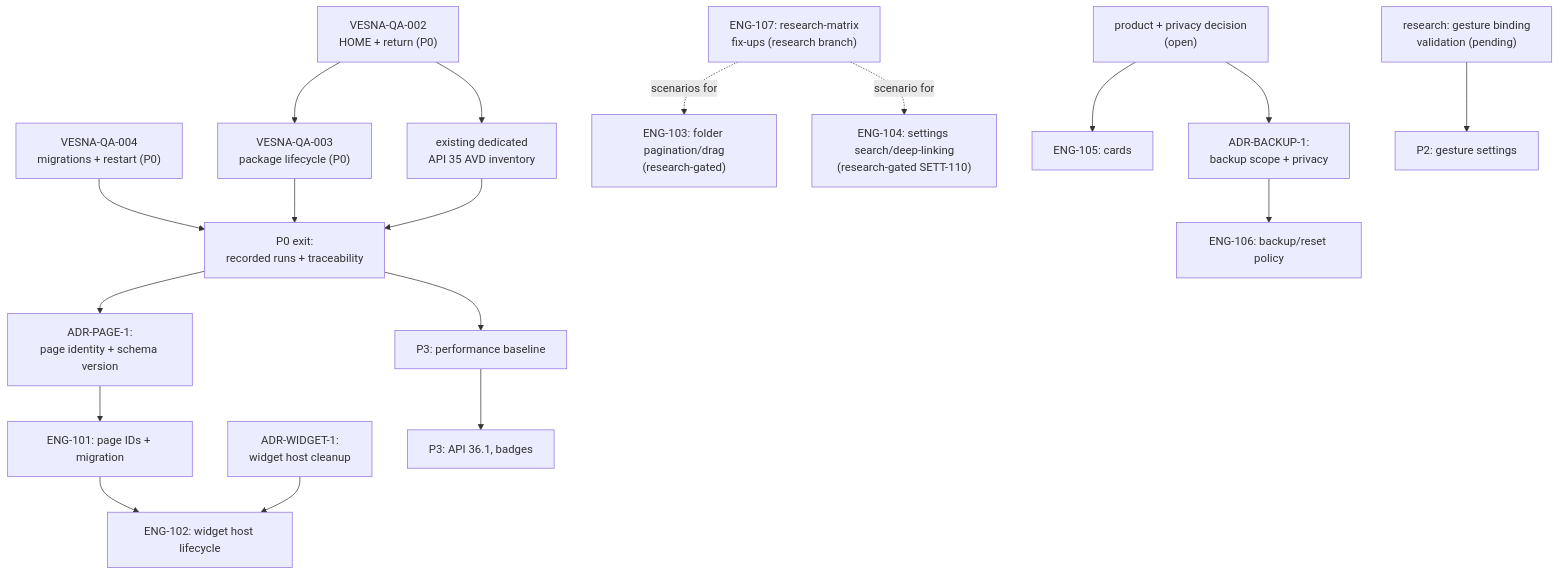
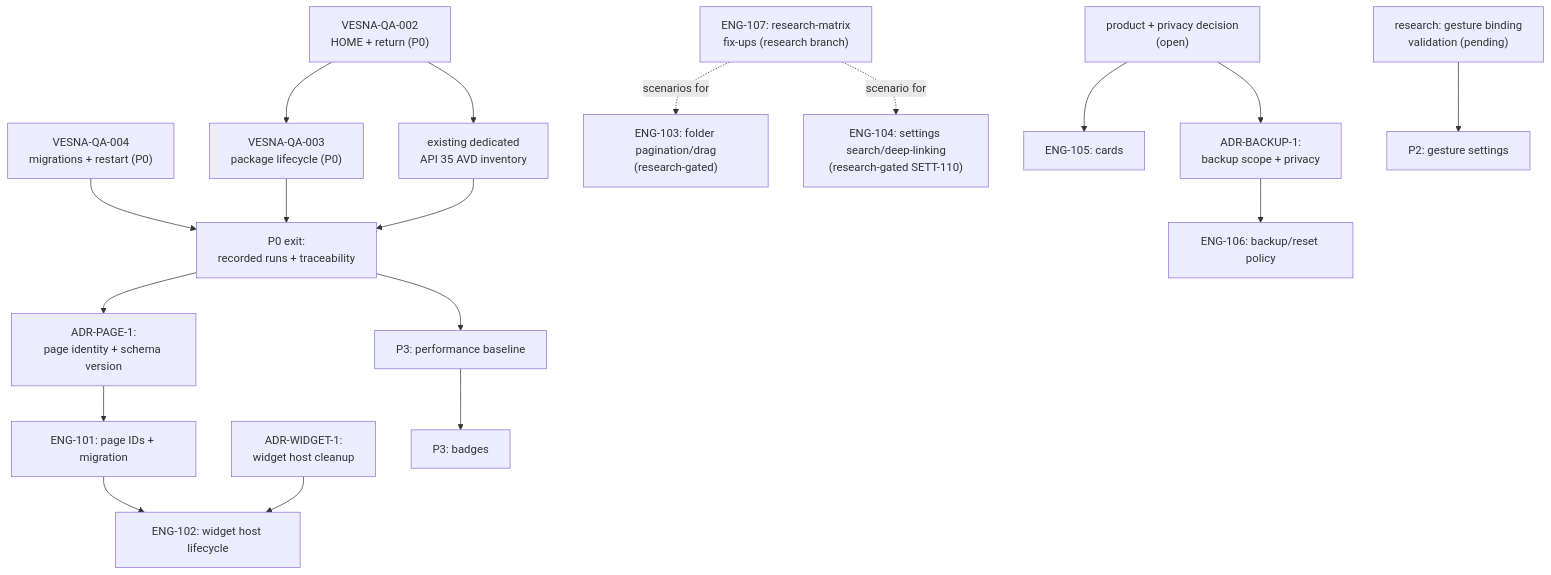
The diagram in docs/engineering/ROADMAP.md (vladon/vesnalauncher), drawn with Mermaid before and after one commit. The commit also changed other lines of this file and 4 other files, not shown here.

````diff
--- a/docs/engineering/ROADMAP.md
+++ b/docs/engineering/ROADMAP.md
@@ -135,23 +137,23 @@
 ```mermaid
 flowchart TD
     QA2["VESNA-QA-002<br/>HOME + return (P0)"] --> QA3["VESNA-QA-003<br/>package lifecycle (P0)"]
     QA2 --> AVD["existing dedicated<br/>API 35 AVD inventory"]
     QA4["VESNA-QA-004<br/>migrations + restart (P0)"] --> exit["P0 exit:<br/>recorded runs + traceability"]
     QA3 --> exit
     AVD --> exit
     exit --> pageADR["ADR-PAGE-1:<br/>page identity + schema version"]
     pageADR --> pages["ENG-101: page IDs + migration"]
     pages --> widgets["ENG-102: widget host lifecycle"]
     widgetADR["ADR-WIDGET-1:<br/>widget host cleanup"] --> widgets
     folders["ENG-103: folder pagination/drag<br/>(research-gated)"]
     sett["ENG-104: settings search/deep-linking<br/>(research-gated SETT-110)"]
     researchfix["ENG-107: research-matrix<br/>fix-ups (research branch)"]
     researchfix -.->|scenarios for| folders
     researchfix -.->|scenario for| sett
     decision["product + privacy decision<br/>(open)"] --> cards["ENG-105: cards"]
     decision --> backupADR["ADR-BACKUP-1:<br/>backup scope + privacy"]
     backupADR --> backup["ENG-106: backup/reset policy"]
     gestureval["research: gesture binding<br/>validation (pending)"] --> gestures["P2: gesture settings"]
     exit --> perf["P3: performance baseline"]
-    perf --> polish["P3: API 36.1, badges"]
+    perf --> polish["P3: badges"]
 ```
````
